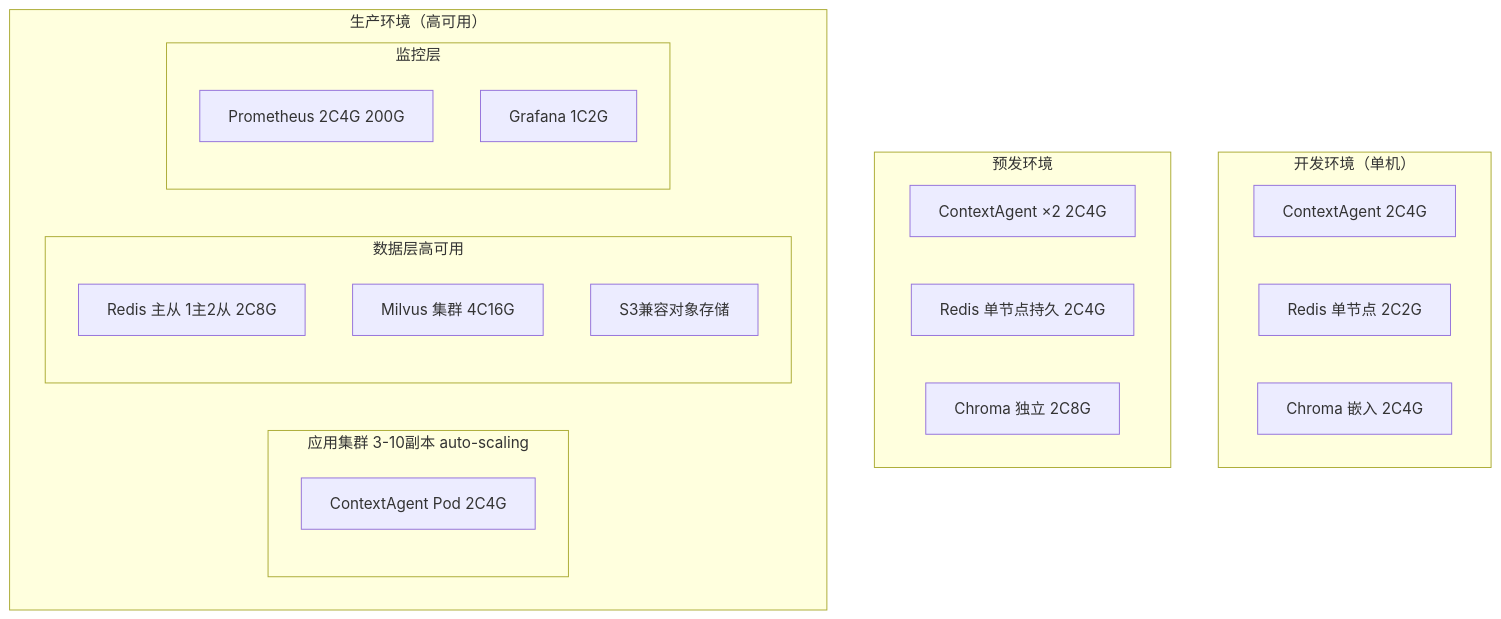
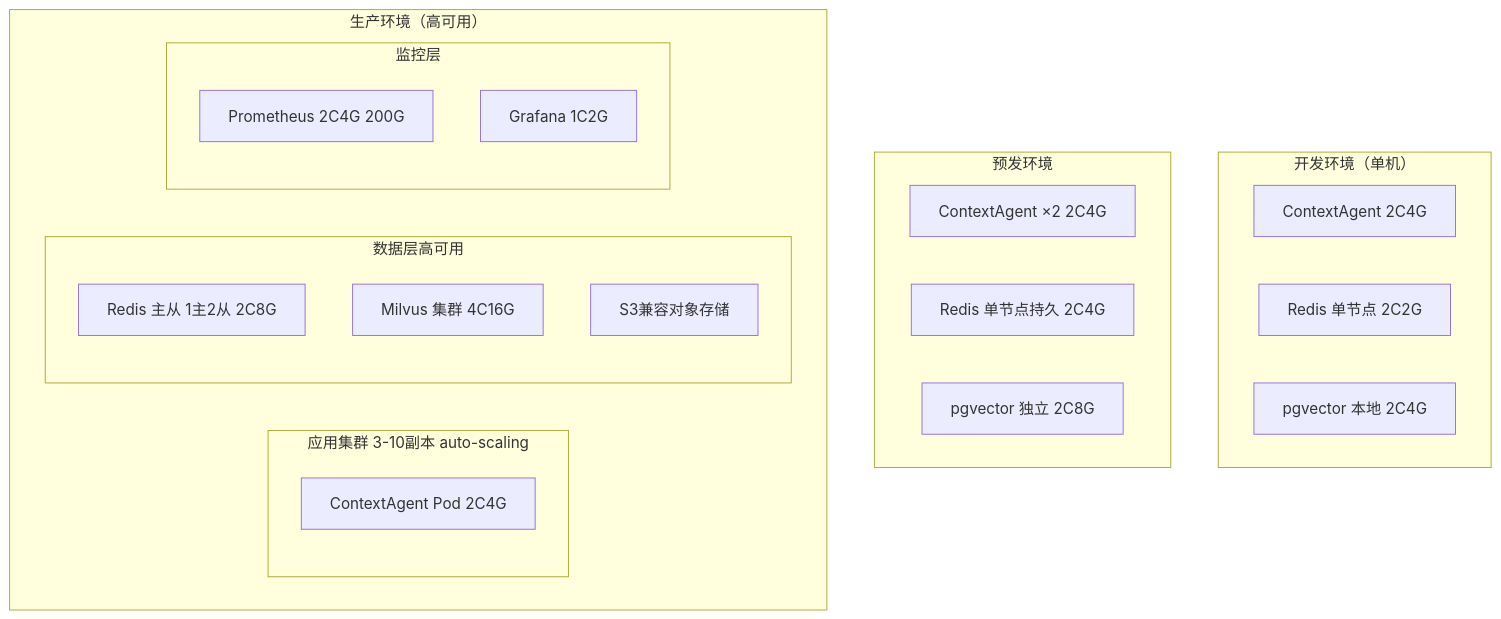
Diagram 12 of 16 in docs/architecture-design.md (DanielKernel/ContextAgent), drawn with Mermaid before and after one commit. The commit also changed other lines of this file and 15 other files, not shown here.

````diff
--- a/docs/architecture-design.md
+++ b/docs/architecture-design.md
@@ -862,29 +862,29 @@
 ```mermaid
 graph TB
     subgraph Dev["开发环境（单机）"]
         DevApp[ContextAgent 2C4G]
         DevRedis[Redis 单节点 2C2G]
-        DevChroma[Chroma 嵌入 2C4G]
+        DevPgvector[pgvector 本地 2C4G]
     end
 
     subgraph Staging["预发环境"]
         StgApp1[ContextAgent ×2 2C4G]
         StgRedis[Redis 单节点持久 2C4G]
-        StgChroma[Chroma 独立 2C8G]
+        StgPgvector[pgvector 独立 2C8G]
     end
 
     subgraph Prod["生产环境（高可用）"]
         subgraph AppCluster["应用集群 3-10副本 auto-scaling"]
             ProdApp[ContextAgent Pod 2C4G]
         end
         subgraph DataCluster["数据层高可用"]
             ProdRedis[Redis 主从 1主2从 2C8G]
             ProdMilvus[Milvus 集群 4C16G]
             ProdS3[S3兼容对象存储]
         end
         subgraph MonCluster["监控层"]
             ProdProm[Prometheus 2C4G 200G]
             ProdGrafana[Grafana 1C2G]
         end
     end
 ```
````
